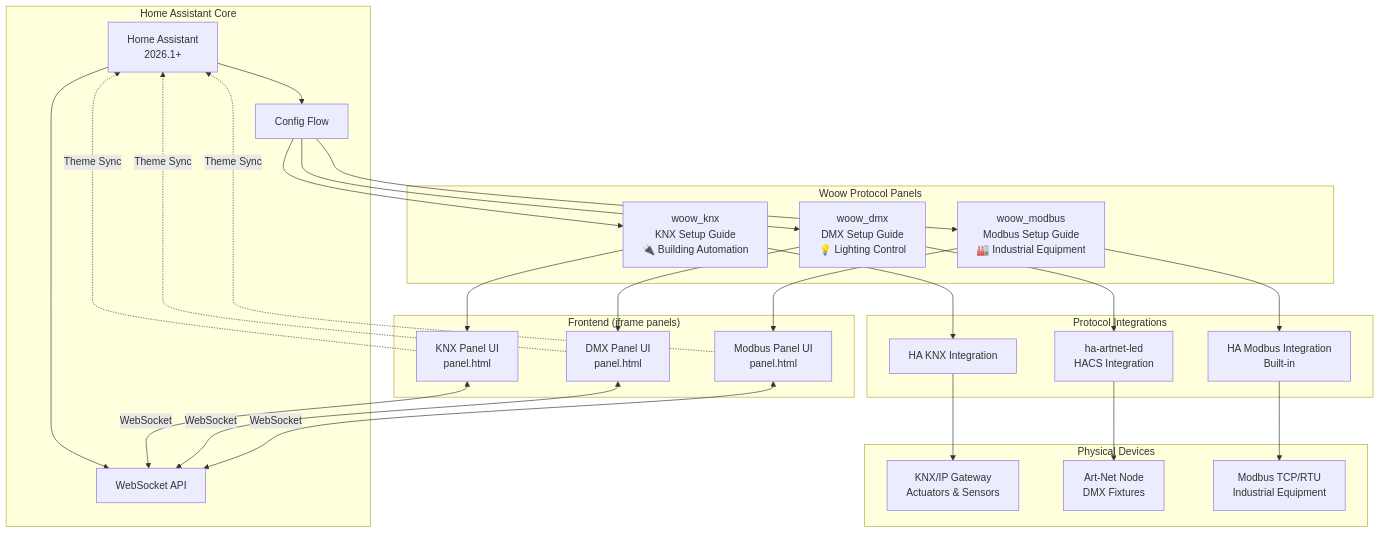
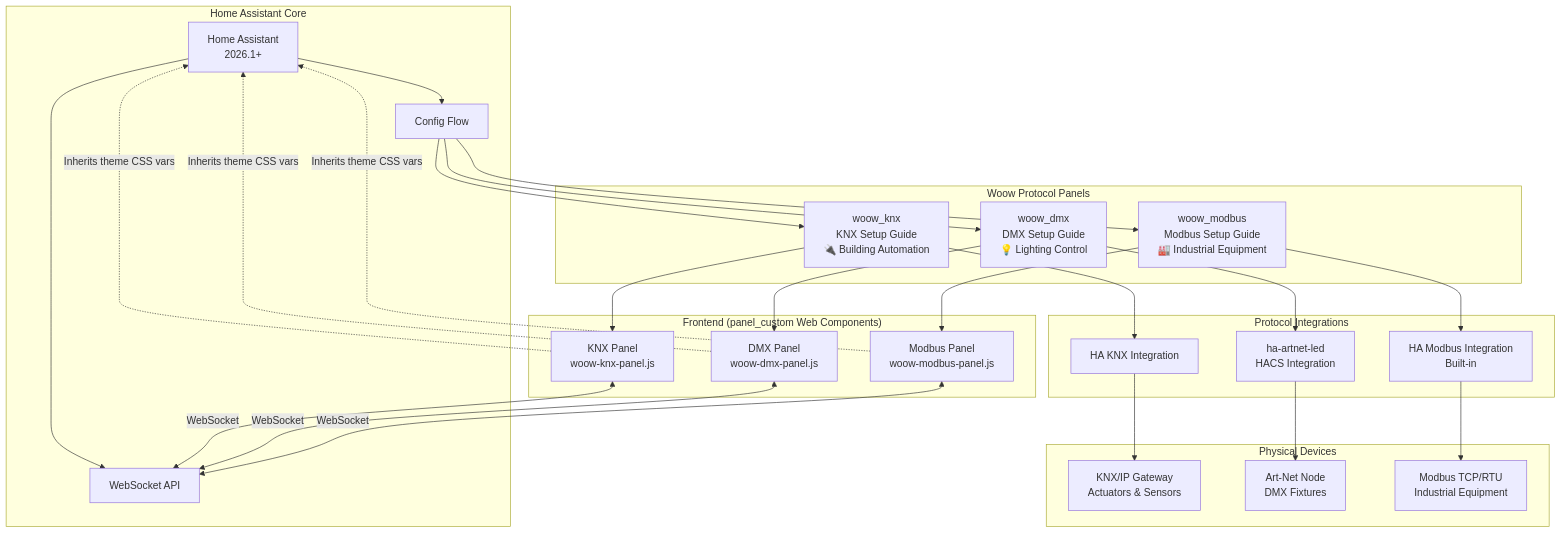
The first of 4 diagrams in README.md (WOOWTECH/Woow_ha_multi_protocol_connect), drawn with Mermaid before and after one commit. The commit also changed other lines of this file and 4 other files, not shown here.

First line of the commit message:
docs: sync READMEs with v2.2.0 architecture and bump manifests

````diff
--- a/README.md
+++ b/README.md
@@ -107,55 +119,55 @@
 ```mermaid
 graph TB
     subgraph "Home Assistant Core"
         HA[Home Assistant<br/>2026.1+]
         WS[WebSocket API]
         CF[Config Flow]
     end
 
     subgraph "Woow Protocol Panels"
         KNX["woow_knx<br/>KNX Setup Guide<br/>🔌 Building Automation"]
         DMX["woow_dmx<br/>DMX Setup Guide<br/>💡 Lighting Control"]
         MOD["woow_modbus<br/>Modbus Setup Guide<br/>🏭 Industrial Equipment"]
     end
 
-    subgraph "Frontend (iframe panels)"
-        KNX_UI["KNX Panel UI<br/>panel.html"]
-        DMX_UI["DMX Panel UI<br/>panel.html"]
-        MOD_UI["Modbus Panel UI<br/>panel.html"]
+    subgraph "Frontend (panel_custom Web Components)"
+        KNX_UI["KNX Panel<br/>woow-knx-panel.js"]
+        DMX_UI["DMX Panel<br/>woow-dmx-panel.js"]
+        MOD_UI["Modbus Panel<br/>woow-modbus-panel.js"]
     end
 
     subgraph "Protocol Integrations"
         KNX_INT[HA KNX Integration]
         DMX_INT[ha-artnet-led<br/>HACS Integration]
         MOD_INT[HA Modbus Integration<br/>Built-in]
     end
 
     subgraph "Physical Devices"
         KNX_DEV["KNX/IP Gateway<br/>Actuators & Sensors"]
         DMX_DEV["Art-Net Node<br/>DMX Fixtures"]
         MOD_DEV["Modbus TCP/RTU<br/>Industrial Equipment"]
     end
 
     HA --> WS
     HA --> CF
 
     CF --> KNX
     CF --> DMX
     CF --> MOD
 
     KNX --> KNX_UI
     DMX --> DMX_UI
     MOD --> MOD_UI
 
     KNX_UI <-->|WebSocket| WS
     DMX_UI <-->|WebSocket| WS
     MOD_UI <-->|WebSocket| WS
 
-    KNX_UI -.->|Theme Sync| HA
-    DMX_UI -.->|Theme Sync| HA
-    MOD_UI -.->|Theme Sync| HA
+    KNX_UI -.->|Inherits theme CSS vars| HA
+    DMX_UI -.->|Inherits theme CSS vars| HA
+    MOD_UI -.->|Inherits theme CSS vars| HA
 
     KNX --> KNX_INT --> KNX_DEV
     DMX --> DMX_INT --> DMX_DEV
     MOD --> MOD_INT --> MOD_DEV
 ```
````
